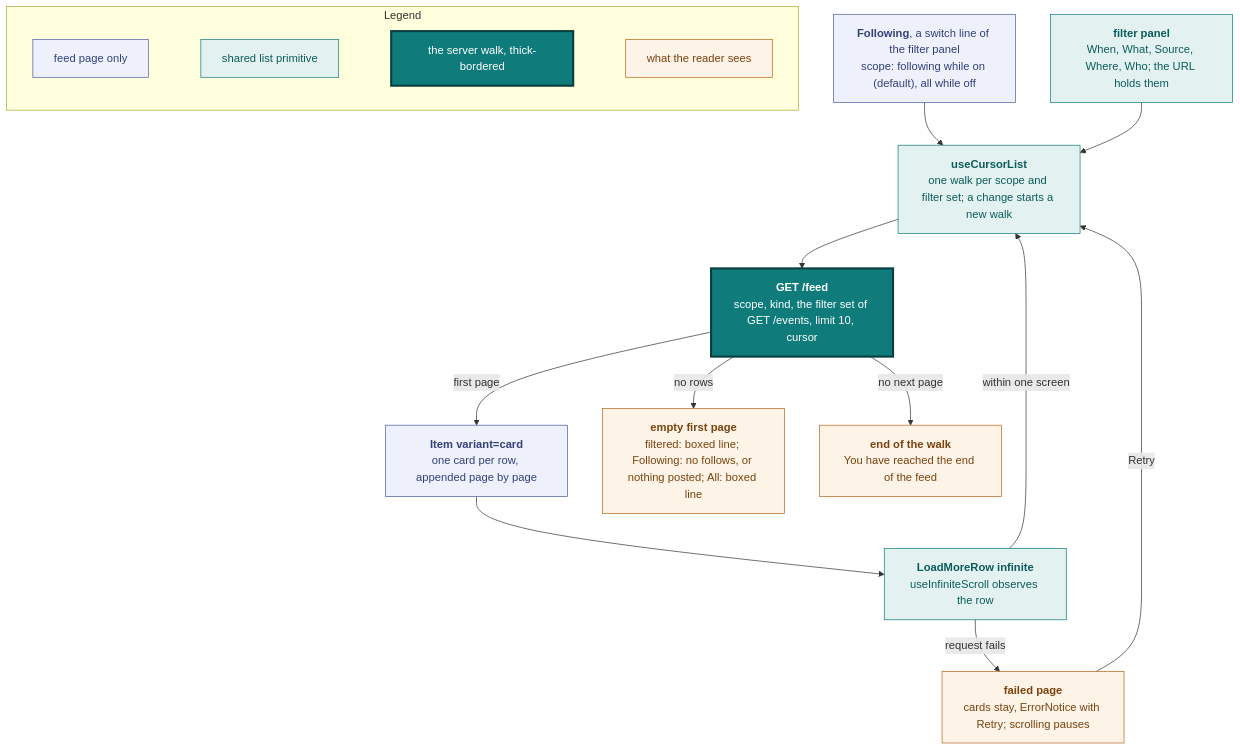
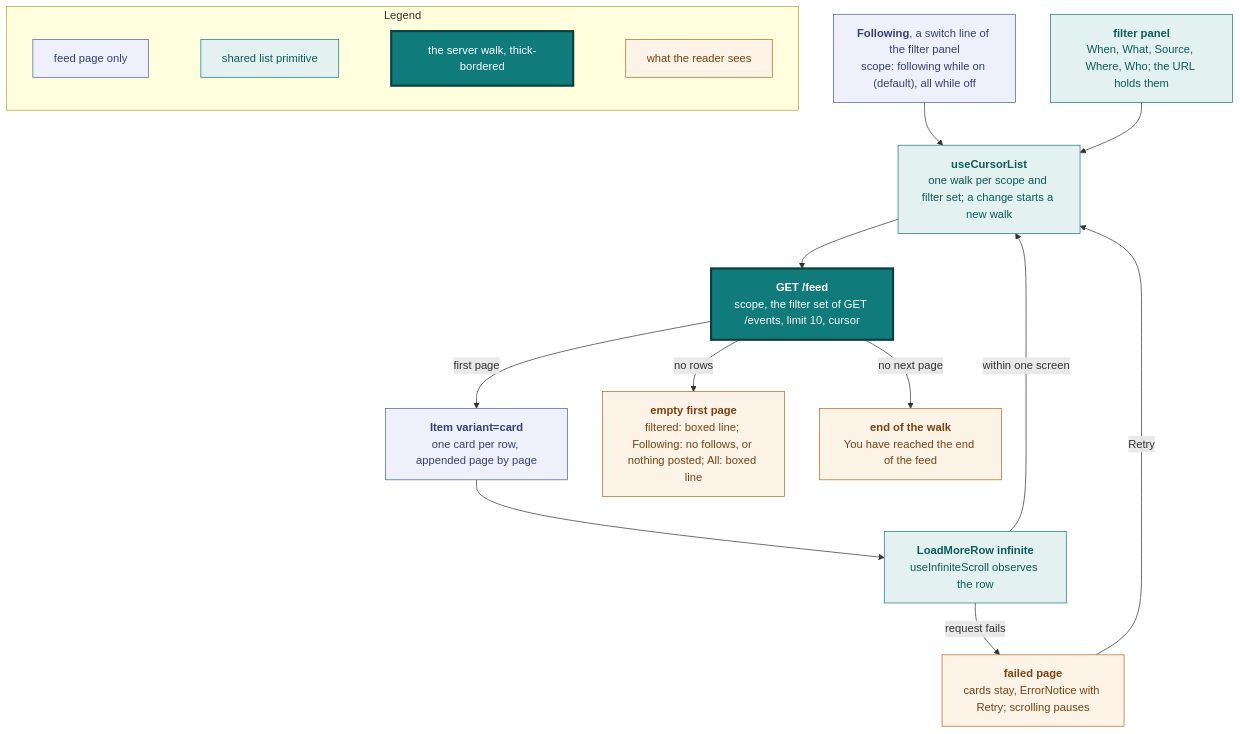
One commit to vidithq/vidit changed diagram 16 of 23 in docs/design.md. Above: the diagram before and after it, drawn with Mermaid. The commit also changed other lines of this file and 227 other files, not shown here.

````diff
--- a/docs/design.md
+++ b/docs/design.md
@@ -1459,46 +1515,46 @@
 ```mermaid
 flowchart TB
   classDef page fill:#eef1fb,stroke:#4a5fa5,color:#33417a
   classDef shared fill:#e3f2f1,stroke:#0f7b7a,color:#0b5c5b
   classDef core fill:#0f7b7a,stroke:#083f3e,stroke-width:3px,color:#ffffff
   classDef state fill:#fdf3e7,stroke:#b8661a,color:#7a430f
 
   subgraph legend [Legend]
     direction LR
     l1["`feed page only`"]:::page
     l2["`shared list primitive`"]:::shared
     l3["`the server walk, thick-bordered`"]:::core
     l4["`what the reader sees`"]:::state
     l1 ~~~ l2 ~~~ l3 ~~~ l4
   end
 
   toggle["`**Following**, a switch line of the filter panel
   scope: following while on (default), all while off`"]:::page
   filters["`**filter panel**
   When, What, Source, Where, Who; the URL holds them`"]:::shared
   walk["`**useCursorList**
   one walk per scope and filter set; a change starts a new walk`"]:::shared
   api["`**GET /feed**
-  scope, kind, the filter set of GET /events, limit 10, cursor`"]:::core
+  scope, the filter set of GET /events, limit 10, cursor`"]:::core
   cards["`**Item variant=card**
   one card per row, appended page by page`"]:::page
   row["`**LoadMoreRow infinite**
   useInfiniteScroll observes the row`"]:::shared
 
   empty["`**empty first page**
   filtered: boxed line; Following: no follows, or nothing posted; All: boxed line`"]:::state
   failed["`**failed page**
   cards stay, ErrorNotice with Retry; scrolling pauses`"]:::state
   done["`**end of the walk**
   You have reached the end of the feed`"]:::state
 
   toggle --> walk --> api
   filters --> walk
   api -->|first page| cards
   api -->|no rows| empty
   cards --> row
   row -->|within one screen| walk
   row -->|request fails| failed
   failed -->|Retry| walk
   api -->|no next page| done
 ```
````
